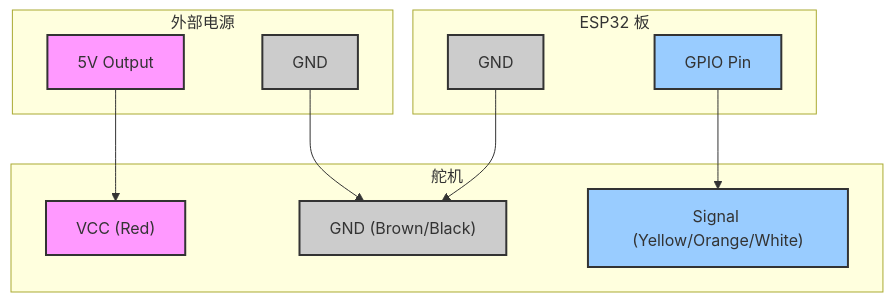
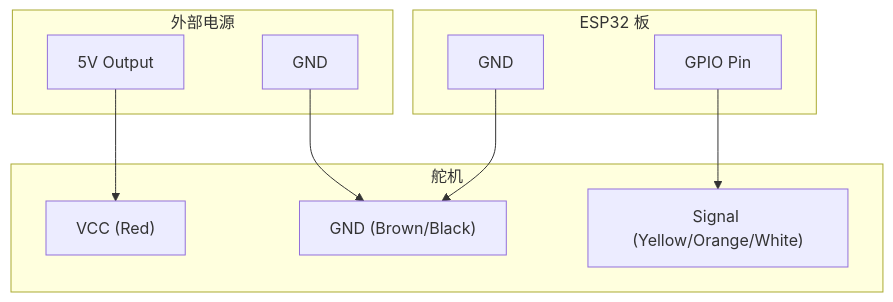
Before and after one commit to teatang/t-blog: the second of 2 diagrams in source/_posts/2024/2024-09-18_ESP32 Arduino 舵机详解.md, drawn with Mermaid. The commit also changed 24 other files, not shown here.

```diff
--- a/source/_posts/2024/2024-09-18_ESP32 Arduino 舵机详解.md
+++ b/source/_posts/2024/2024-09-18_ESP32 Arduino 舵机详解.md
@@ -196,31 +196,23 @@
 {% mermaid %}
 graph TD
     subgraph 外部电源
         Ext_VCC[5V Output]
         Ext_GND[GND]
     end
 
     subgraph ESP32 板
         ESP32_GPIO[GPIO Pin]
         ESP32_GND[GND]
     end
 
     subgraph 舵机
         Servo_VCC["VCC (Red)"]
         Servo_GND["GND (Brown/Black)"]
         Servo_Signal["Signal (Yellow/Orange/White)"]
     end
 
     Ext_VCC --> Servo_VCC;
     Ext_GND --> Servo_GND;
     ESP32_GND --> Servo_GND;
     ESP32_GPIO --> Servo_Signal;
-
-    style Ext_VCC fill:#f9f,stroke:#333,stroke-width:2px;
-    style Ext_GND fill:#ccc,stroke:#333,stroke-width:2px;
-    style ESP32_GPIO fill:#9cf,stroke:#333,stroke-width:2px;
-    style ESP32_GND fill:#ccc,stroke:#333,stroke-width:2px;
-    style Servo_VCC fill:#f9f,stroke:#333,stroke-width:2px;
-    style Servo_GND fill:#ccc,stroke:#333,stroke-width:2px;
-    style Servo_Signal fill:#9cf,stroke:#333,stroke-width:2px;
 {% endmermaid %}
```
